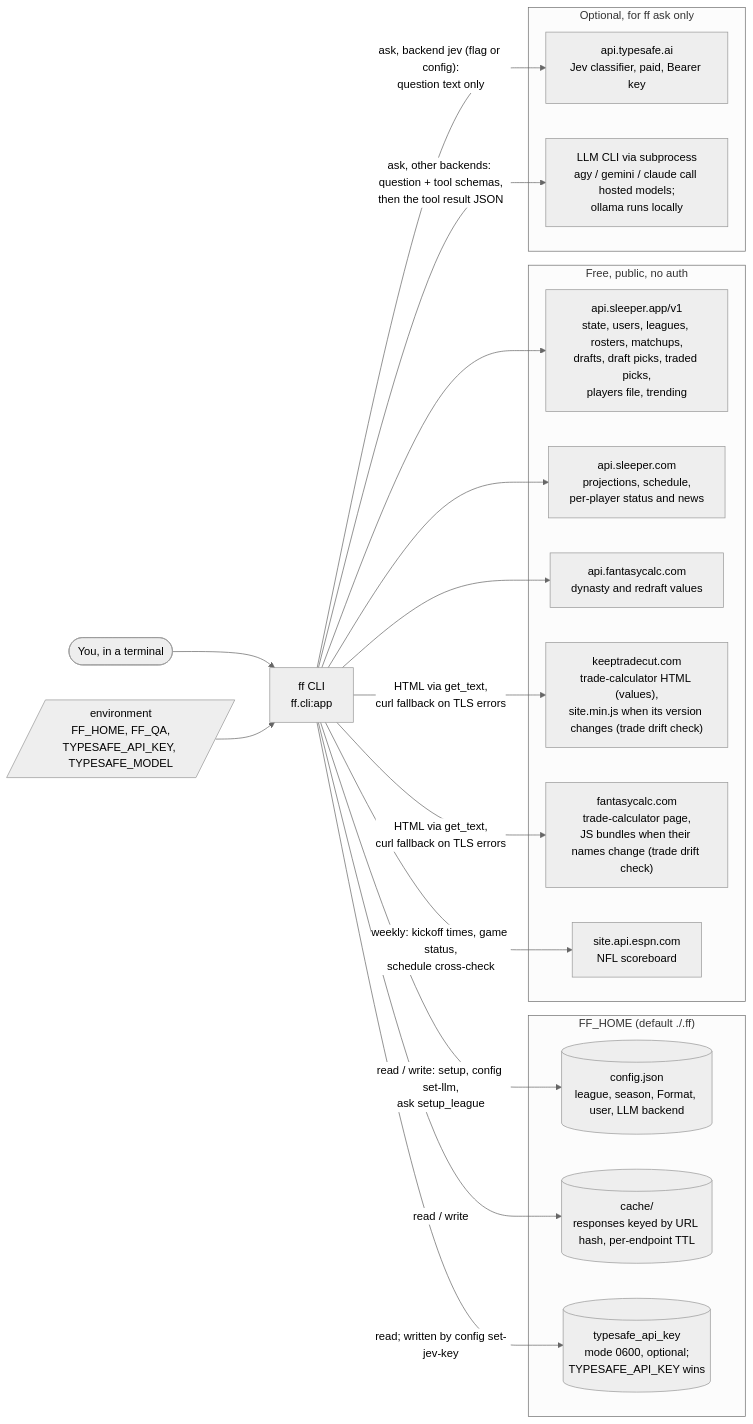
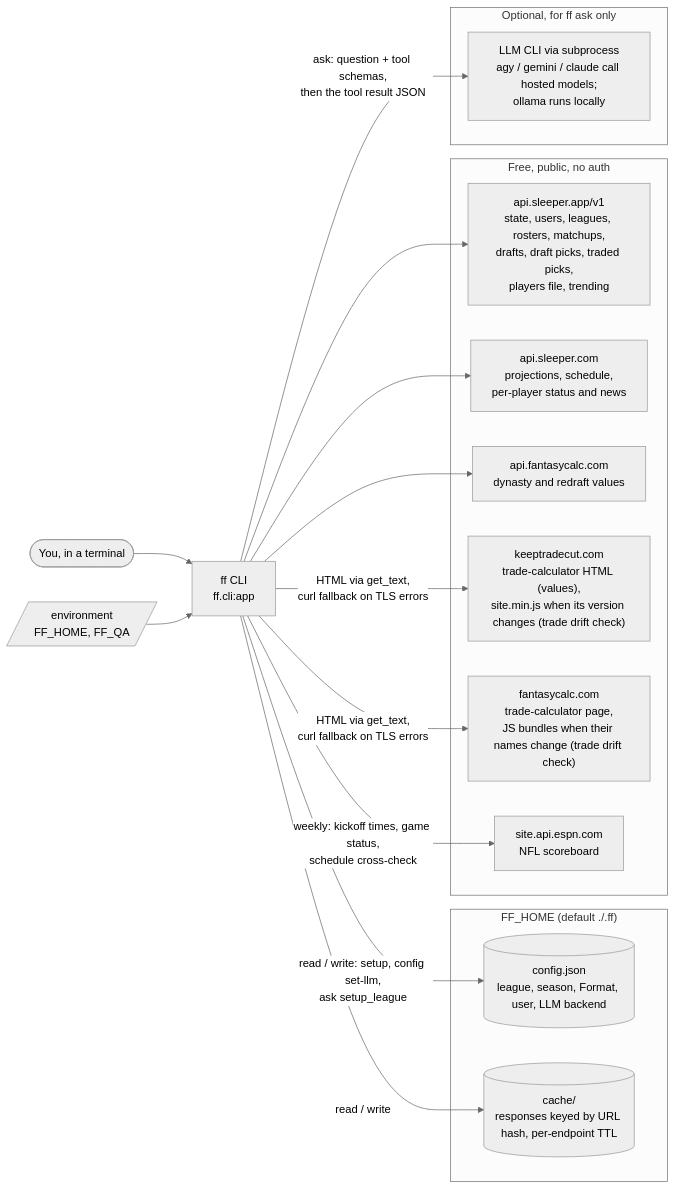
The first of 7 diagrams in docs/architecture.md (savvides/ff), drawn with Mermaid (neutral theme) before and after one commit. The commit also changed other lines of this file and 23 other files, not shown here.

First line of the commit message:
Remove hosted Jev backend and internalize weekly rendering helpers (#45)

````diff
--- a/docs/architecture.md
+++ b/docs/architecture.md
@@ -16,37 +16,33 @@
 ```mermaid
 flowchart LR
   user(["You, in a terminal"]) --> ff["ff CLI<br/>ff.cli:app"]
-  env[/"environment<br/>FF_HOME, FF_QA,<br/>TYPESAFE_API_KEY, TYPESAFE_MODEL"/] --> ff
+  env[/"environment<br/>FF_HOME, FF_QA"/] --> ff
 
   subgraph home["FF_HOME (default ./.ff)"]
     cfg[("config.json<br/>league, season, Format, user, LLM backend")]
     cache[("cache/<br/>responses keyed by URL hash, per-endpoint TTL")]
-    key[("typesafe_api_key<br/>mode 0600, optional;<br/>TYPESAFE_API_KEY wins")]
   end
 
   subgraph free["Free, public, no auth"]
     sapp["api.sleeper.app/v1<br/>state, users, leagues, rosters, matchups,<br/>drafts, draft picks, traded picks,<br/>players file, trending"]
     scom["api.sleeper.com<br/>projections, schedule,<br/>per-player status and news"]
     fcapi["api.fantasycalc.com<br/>dynasty and redraft values"]
     ktc["keeptradecut.com<br/>trade-calculator HTML (values),<br/>site.min.js when its version changes (trade drift check)"]
     fcsite["fantasycalc.com<br/>trade-calculator page,<br/>JS bundles when their names change (trade drift check)"]
     espn["site.api.espn.com<br/>NFL scoreboard"]
   end
 
   subgraph opt["Optional, for ff ask only"]
-    tsafe["api.typesafe.ai<br/>Jev classifier, paid, Bearer key"]
     local["LLM CLI via subprocess<br/>agy / gemini / claude call hosted models;<br/>ollama runs locally"]
   end
 
   ff -->|"read / write: setup, config set-llm,<br/>ask setup_league"| cfg
   ff -->|read / write| cache
-  ff -->|"read; written by config set-jev-key"| key
   ff --> sapp
   ff --> scom
   ff --> fcapi
   ff -->|"HTML via get_text,<br/>curl fallback on TLS errors"| ktc
   ff -->|"HTML via get_text,<br/>curl fallback on TLS errors"| fcsite
   ff -->|"weekly: kickoff times, game status,<br/>schedule cross-check"| espn
-  ff -->|"ask, backend jev (flag or config):<br/>question text only"| tsafe
-  ff -->|"ask, other backends: question + tool schemas,<br/>then the tool result JSON"| local
+  ff -->|"ask: question + tool schemas,<br/>then the tool result JSON"| local
 ```
````
